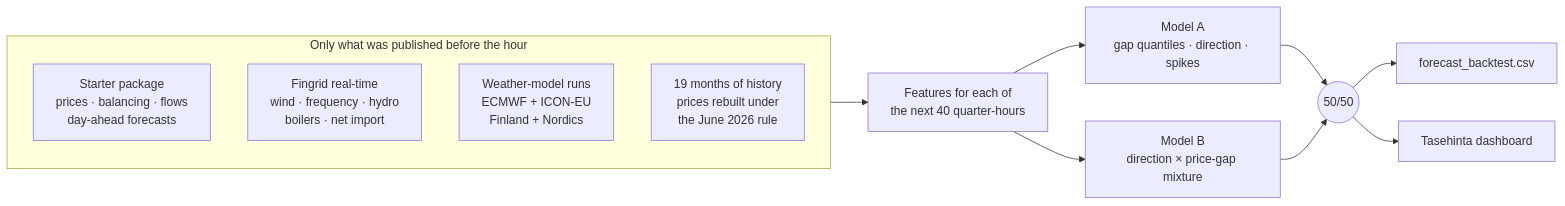
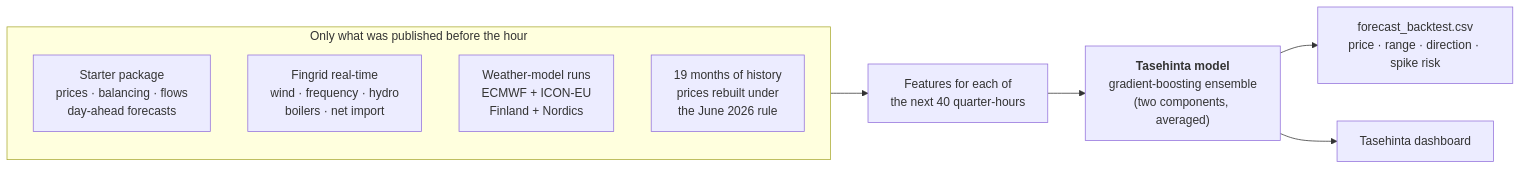
Before and after one commit to Rdog69/turku-energy-since-ai: the diagram in README.md, drawn with Mermaid. The commit also changed other lines of this file, not shown here.

First line of the commit message:
One model: README and dashboard describe the forecast as one ensemble model

````diff
--- a/README.md
+++ b/README.md
@@ -101,16 +101,13 @@
 ```mermaid
 flowchart LR
   subgraph IN["Only what was published before the hour"]
     A1["Starter package<br/>prices · balancing · flows<br/>day-ahead forecasts"]
     A2["Fingrid real-time<br/>wind · frequency · hydro<br/>boilers · net import"]
     A3["Weather-model runs<br/>ECMWF + ICON-EU<br/>Finland + Nordics"]
     A4["19 months of history<br/>prices rebuilt under<br/>the June 2026 rule"]
   end
   IN --> F["Features for each of<br/>the next 40 quarter-hours"]
-  F --> M1["Model A<br/>gap quantiles · direction · spikes"]
-  F --> M2["Model B<br/>direction × price-gap mixture"]
-  M1 --> B(("50/50"))
-  M2 --> B
-  B --> O1["forecast_backtest.csv"]
-  B --> O2["Tasehinta dashboard"]
+  F --> M["<b>Tasehinta model</b><br/>gradient-boosting ensemble<br/>(two components, averaged)"]
+  M --> O1["forecast_backtest.csv<br/>price · range · direction · spike risk"]
+  M --> O2["Tasehinta dashboard"]
 ```
````
